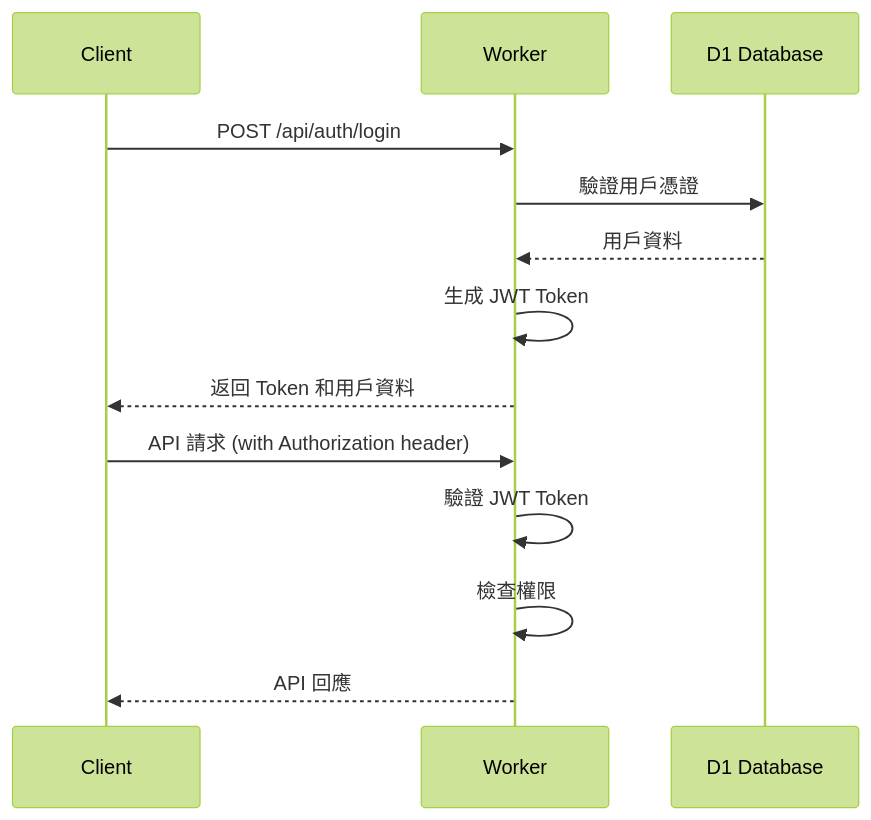
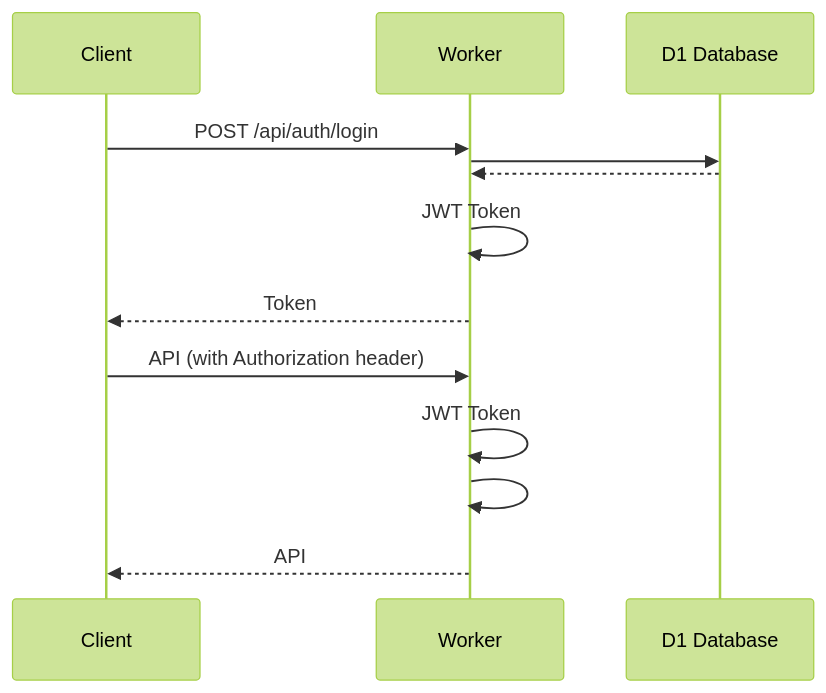
One commit to erictheng93/Multi-Channel-Integration-System changed the fifth of 6 diagrams in .kiro/specs/multi-channel-support-mvp/design.md. Above: the diagram before and after it, drawn with Mermaid (forest theme). The commit also changed other lines of this file and 309 other files, not shown here.

````diff
--- a/.kiro/specs/multi-channel-support-mvp/design.md
+++ b/.kiro/specs/multi-channel-support-mvp/design.md
@@ -949,17 +921,17 @@
 ```mermaid
 sequenceDiagram
-    participant C as Client
-    participant W as Worker
-    participant D as D1 Database
-    
-    C->>W: POST /api/auth/login
-    W->>D: 驗證用戶憑證
-    D-->>W: 用戶資料
-    W->>W: 生成 JWT Token
-    W-->>C: 返回 Token 和用戶資料
-    
-    C->>W: API 請求 (with Authorization header)
-    W->>W: 驗證 JWT Token
-    W->>W: 檢查權限
-    W-->>C: API 回應
+ participant C as Client
+ participant W as Worker
+ participant D as D1 Database
+
+ C->>W: POST /api/auth/login
+ W->>D:
+ D-->>W:
+ W->>W: JWT Token
+ W-->>C: Token
+
+ C->>W: API (with Authorization header)
+ W->>W: JWT Token
+ W->>W:
+ W-->>C: API
 ```
````
